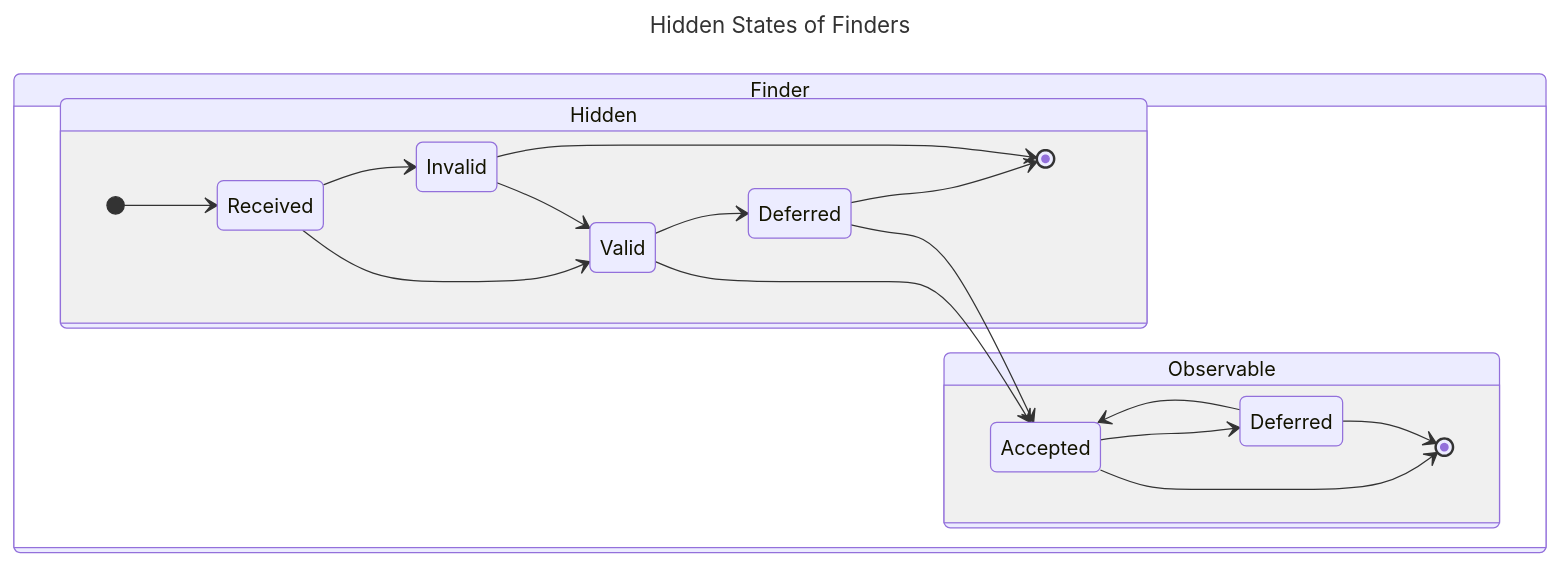
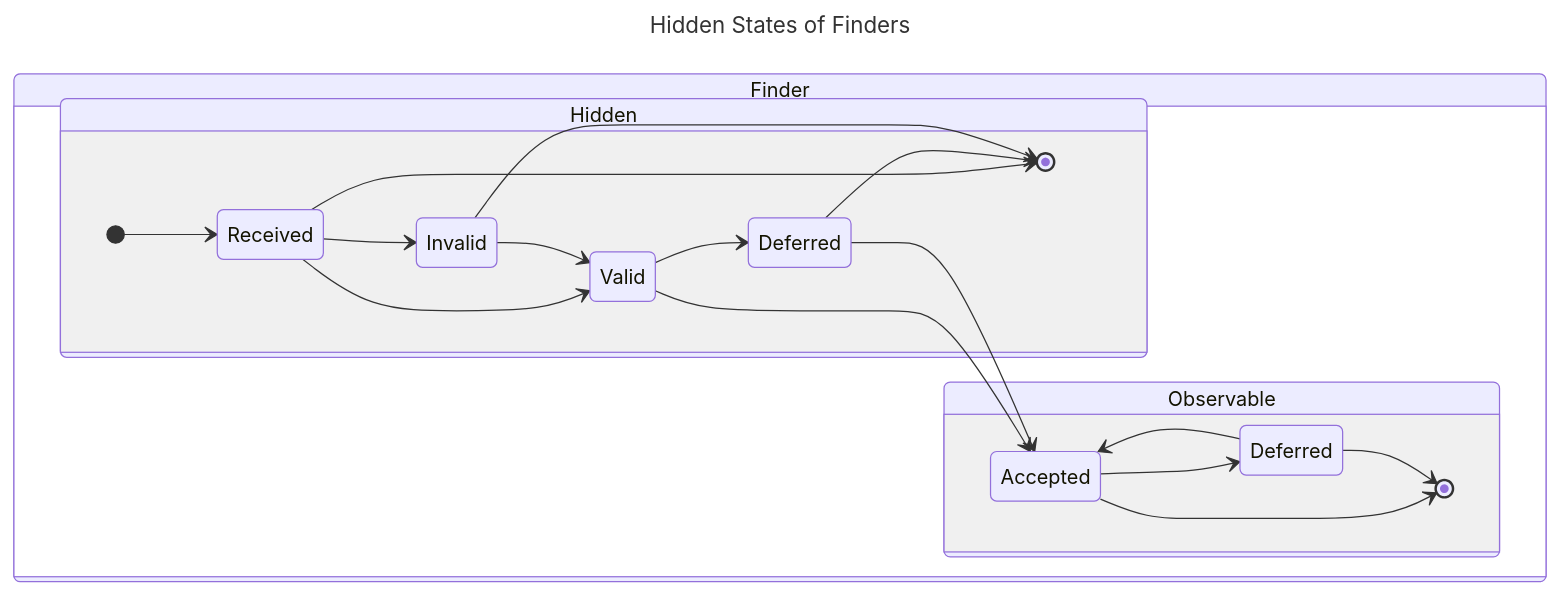
The first of 8 diagrams in docs/topics/process_models/rm/rm_interactions.md (CERTCC/Vultron), drawn with Mermaid before and after one commit. The commit also changed 21 other files, not shown here.

````diff
--- a/docs/topics/process_models/rm/rm_interactions.md
+++ b/docs/topics/process_models/rm/rm_interactions.md
@@ -43,36 +43,37 @@
 ```mermaid
 ---
 title: Hidden States of Finders
 ---
 stateDiagram-v2
     direction LR
     state Finder {
         direction LR
         A: Accepted
         state Hidden {
             direction LR
             R: Received
             I: Invalid
             V: Valid
             D: Deferred
             [*] --> R
             R --> I
             R --> V
             V --> D
             I --> V
             V --> A
             D --> A
+            R --> [*]
             D --> [*]
             I--> [*]
         }
         state Observable {
             direction LR
             D2: Deferred
             A --> D2
             D2 --> A
             A --> [*]
             D2 --> [*]
         }
                 
     }
 ```
````
